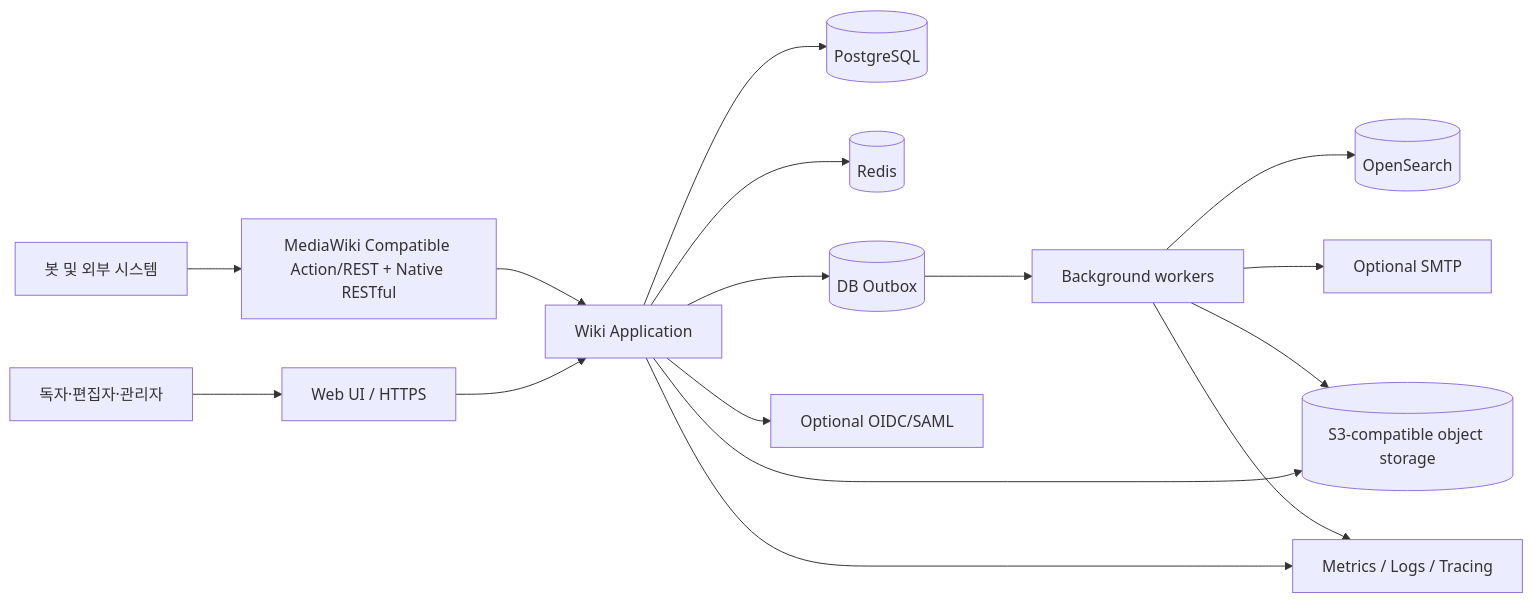
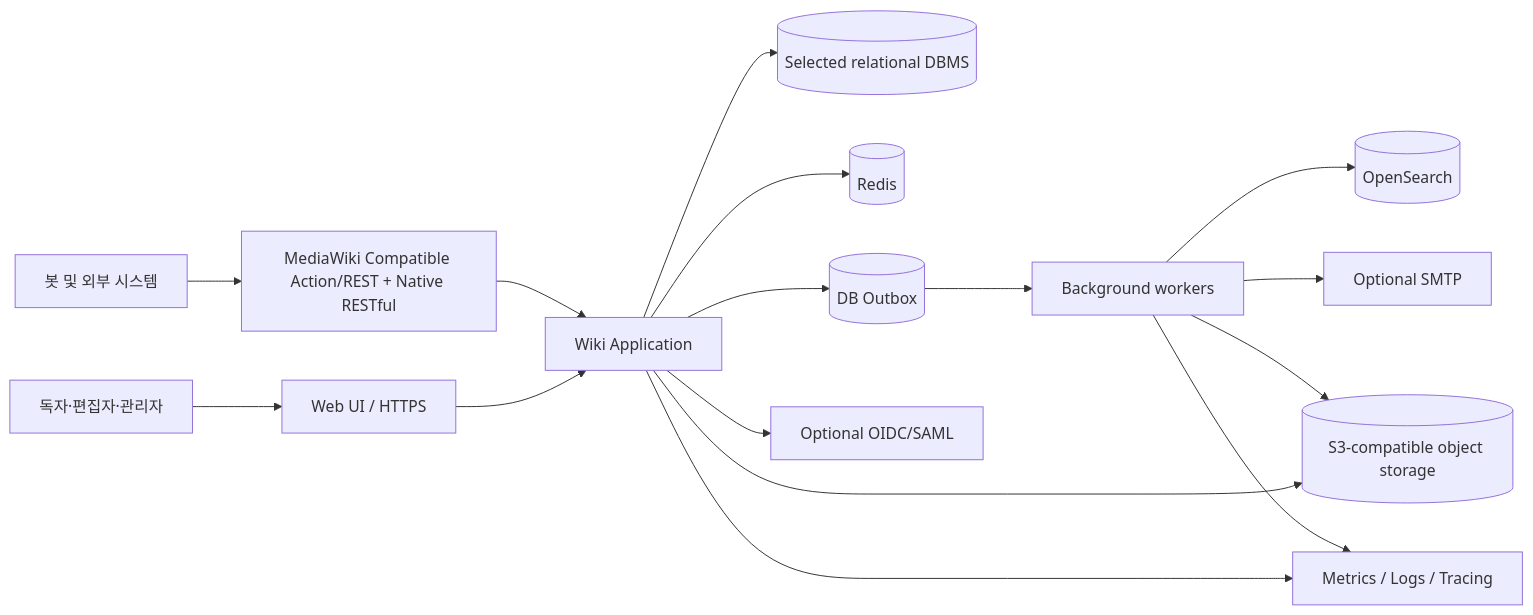
Before and after one commit to MPThLee/LibertyWiki: the first of 7 diagrams in wiki_design/source/04_ARCHITECTURE.md, drawn with Mermaid. The commit also changed other lines of this file and 33 other files, not shown here.

````diff
--- a/wiki_design/source/04_ARCHITECTURE.md
+++ b/wiki_design/source/04_ARCHITECTURE.md
@@ -11,18 +11,18 @@
 ```mermaid
 flowchart LR
     R[독자·편집자·관리자] --> WEB[Web UI / HTTPS]
     BOT[봇 및 외부 시스템] --> API[MediaWiki Compatible Action/REST + Native RESTful]
     WEB --> AP[Wiki Application]
     API --> AP
-    AP --> DB[(PostgreSQL)]
+    AP --> DB[(Selected relational DBMS)]
     AP --> REDIS[(Redis)]
     AP --> OUT[(DB Outbox)]
     AP --> OBJ[(S3-compatible object storage)]
     OUT --> WK[Background workers]
     WK --> SEARCH[(OpenSearch)]
     WK --> OBJ
     AP --> IDP[Optional OIDC/SAML]
     WK --> SMTP[Optional SMTP]
     AP --> OBS[Metrics / Logs / Tracing]
     WK --> OBS
 ```
````
